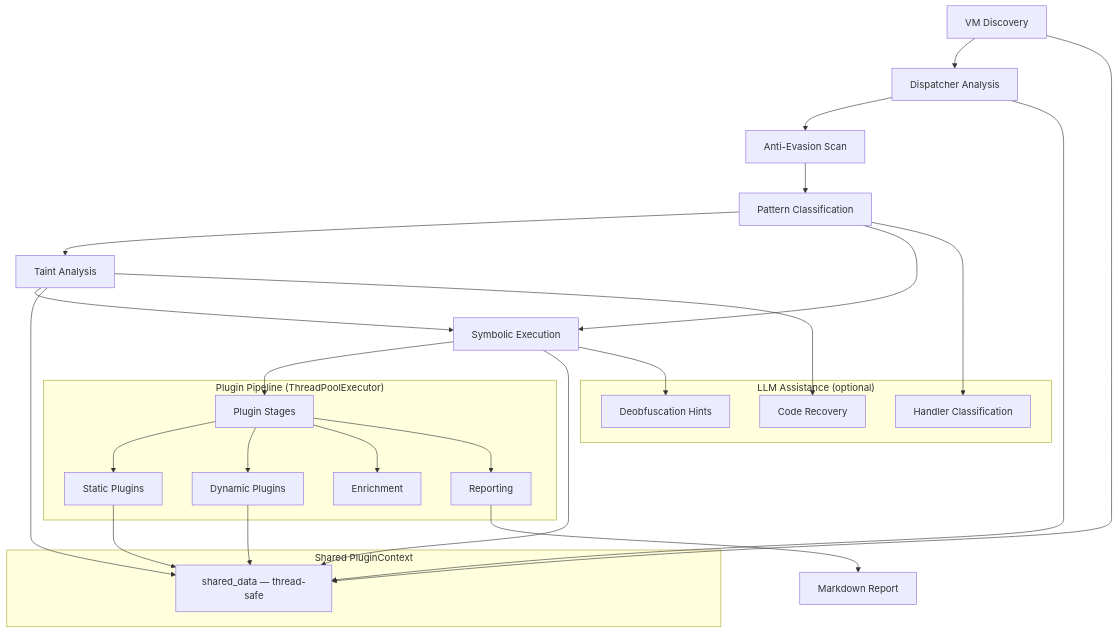
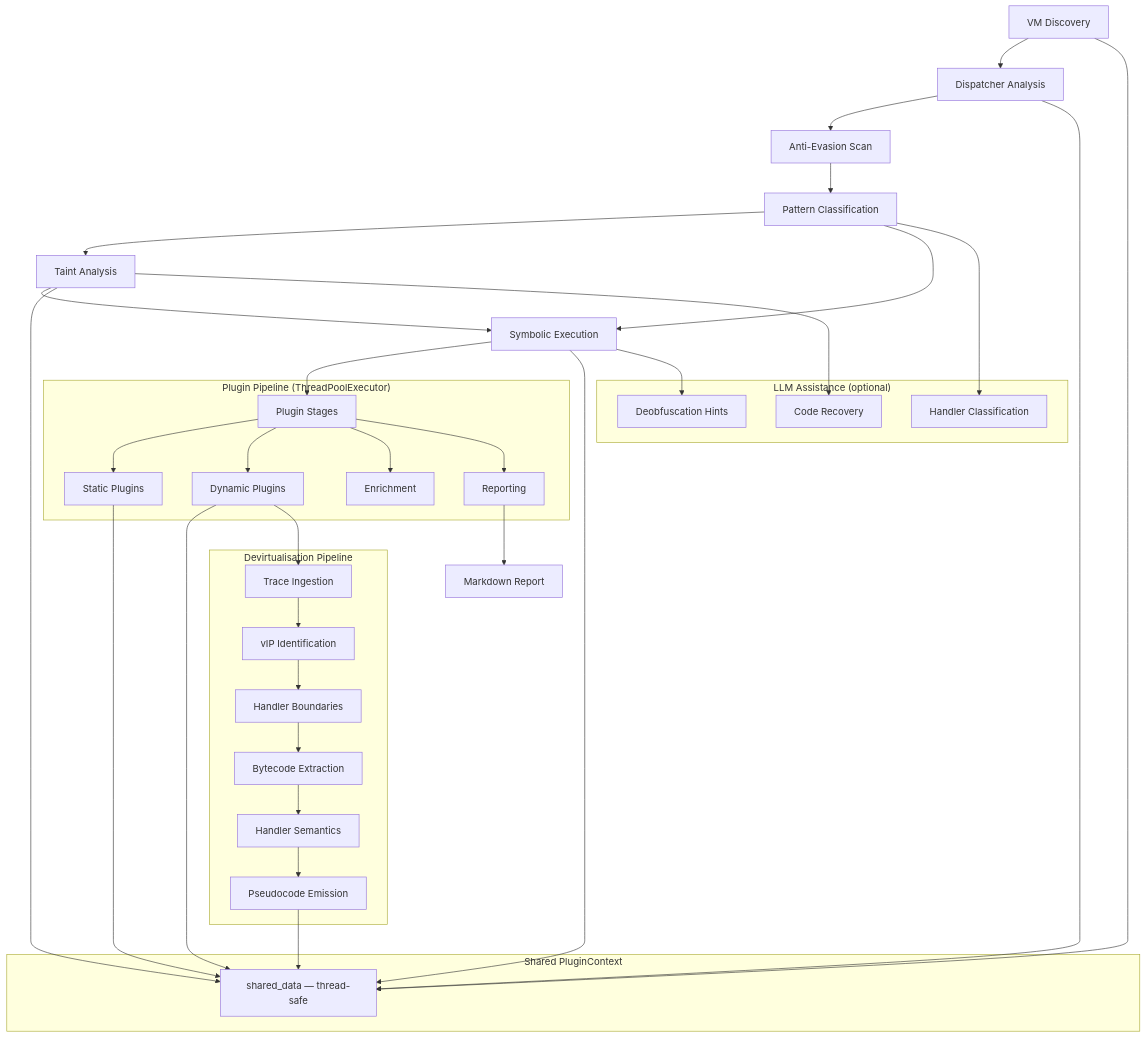
The diagram in README.md (poppopjmp/VMDragonSlayer), drawn with Mermaid before and after one commit. The commit also changed other lines of this file and 1 other file, not shown here.

Commit message:
docs: update README and CHANGELOG for Phase 7 devirtualisation pipeline

````diff
--- a/README.md
+++ b/README.md
@@ -39,39 +49,49 @@
 ```mermaid
 graph TD
     A[VM Discovery] --> B[Dispatcher Analysis]
     B --> C[Anti-Evasion Scan]
     C --> D[Pattern Classification]
     D --> E[Taint Analysis]
     D --> F[Symbolic Execution]
     E --> F
     F --> G[Plugin Stages]
     
     subgraph PluginPipeline ["Plugin Pipeline (ThreadPoolExecutor)"]
         G --> G1[Static Plugins]
         G --> G2[Dynamic Plugins]
         G --> G3[Enrichment]
         G --> G4[Reporting]
     end
     
+    subgraph DevirtPipeline ["Devirtualisation Pipeline"]
+        T1[Trace Ingestion] --> T2[vIP Identification]
+        T2 --> T3[Handler Boundaries]
+        T3 --> T4[Bytecode Extraction]
+        T4 --> T5[Handler Semantics]
+        T5 --> T6[Pseudocode Emission]
+    end
+    
     subgraph SharedContext ["Shared PluginContext"]
         H[shared_data — thread-safe]
     end
     
     A --> H
     B --> H
     E --> H
     F --> H
     G1 --> H
     G2 --> H
+    G2 --> T1
+    T6 --> H
     G4 --> I[Markdown Report]
     
     subgraph LLM ["LLM Assistance (optional)"]
         J[Handler Classification]
         K[Deobfuscation Hints]
         L[Code Recovery]
     end
     
     D --> J
     F --> K
     E --> L
 ```
````
